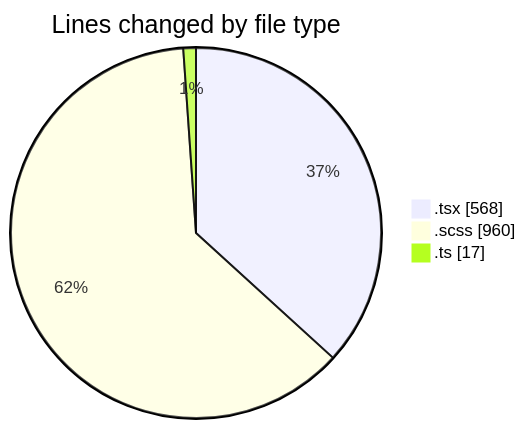
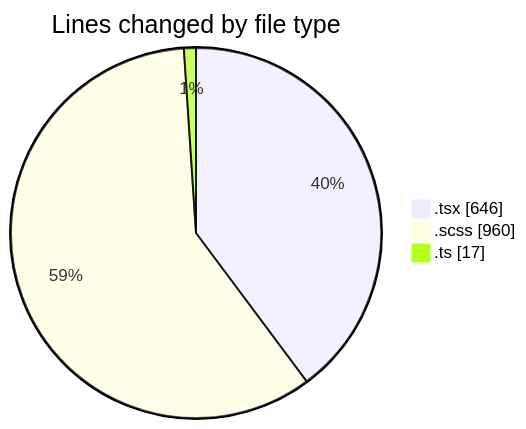
One commit to momahboobian/code-tracking changed the first of 2 diagrams in 2025-09-19/cda/README.md. Above: the diagram before and after it, drawn with Mermaid. The commit also changed other lines of this file and 1 other file, not shown here.

````diff
--- a/2025-09-19/cda/README.md
+++ b/2025-09-19/cda/README.md
@@ -23,7 +23,7 @@
 ```mermaid
 pie showData
 title Lines changed by file type
-".tsx" : 568
+".tsx" : 646
 ".scss" : 960
 ".ts" : 17
 ```
````
